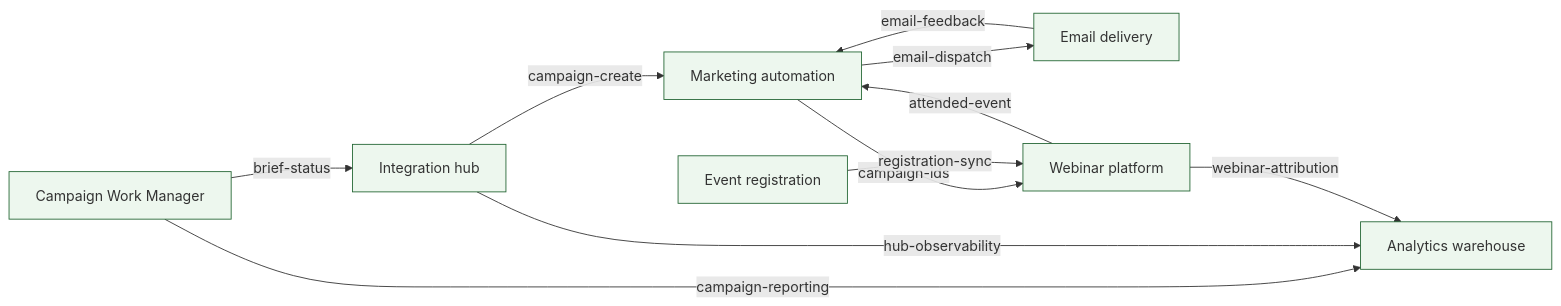
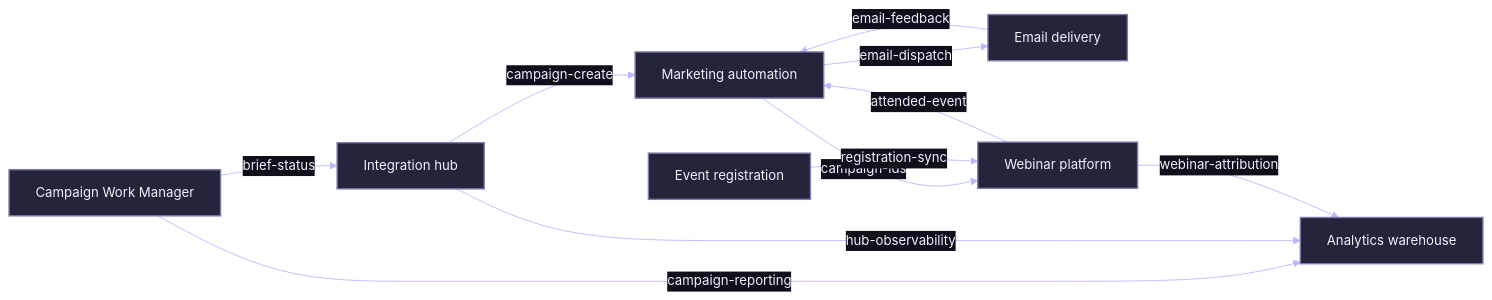
Before and after one commit to rlbsem/martech-estate-impact: the diagram in examples/generated/campaign-workflow-diagram.md, drawn with Mermaid. The commit also changed 9 other files, not shown here.

Commit message:
Align estate architecture diagrams with portfolio dark theme

````diff
--- a/examples/generated/campaign-workflow-diagram.md
+++ b/examples/generated/campaign-workflow-diagram.md
@@ -5,33 +5,34 @@
 ```mermaid
+%%{init: {"theme":"base","themeVariables":{"background":"#10101D","primaryColor":"#2A2A3D","primaryTextColor":"#F0F0FF","primaryBorderColor":"#7C7CAF","lineColor":"#B8B8FF","textColor":"#F0F0FF","secondaryColor":"#181825","tertiaryColor":"#2E2E45","fontFamily":"IBM Plex Sans, Arial, sans-serif","fontSize":"15px","edgeLabelBackground":"#10101D"}}}%%
 %% Campaign data-flow context
 %% Data-flow view only. Filtered: True. Edges shown 10/40. Truncated: False.
 flowchart LR
   n6d65ed5c750019a1["Marketing automation"]
   class n6d65ed5c750019a1 established
   n82244417f956ac7c["Email delivery"]
   class n82244417f956ac7c established
   n08d33503ee27d4c1["Integration hub"]
   class n08d33503ee27d4c1 established
   n29c9c30e0604515c["Event registration"]
   class n29c9c30e0604515c established
   nae1fd358c7612a02["Analytics warehouse"]
   class nae1fd358c7612a02 established
   nda0ef5dcf6c62181["Webinar platform"]
   class nda0ef5dcf6c62181 established
   ned9b571b57920f91["Campaign Work Manager"]
   class ned9b571b57920f91 established
   nda0ef5dcf6c62181 -->|"attended-event"| n6d65ed5c750019a1
   ned9b571b57920f91 -->|"brief-status"| n08d33503ee27d4c1
   n08d33503ee27d4c1 -->|"campaign-create"| n6d65ed5c750019a1
   n6d65ed5c750019a1 -->|"campaign-ids"| nda0ef5dcf6c62181
   ned9b571b57920f91 -->|"campaign-reporting"| nae1fd358c7612a02
   n6d65ed5c750019a1 -->|"email-dispatch"| n82244417f956ac7c
   n82244417f956ac7c -->|"email-feedback"| n6d65ed5c750019a1
   n08d33503ee27d4c1 -->|"hub-observability"| nae1fd358c7612a02
   n29c9c30e0604515c -->|"registration-sync"| nda0ef5dcf6c62181
   nda0ef5dcf6c62181 -->|"webinar-attribution"| nae1fd358c7612a02
-  classDef established fill:#edf7ee,stroke:#246634
-  classDef unknown fill:#fff4cc,stroke:#946800
-  classDef proposed fill:#e4edff,stroke:#265dad,stroke-dasharray:5 5
-  classDef removed fill:#ffe6e6,stroke:#a51d2d
+  classDef established fill:#24243A,stroke:#7C7CAF,color:#F0F0FF,stroke-width:1.6px
+  classDef unknown fill:#2E2E45,stroke:#E3BC7F,color:#F0F0FF,stroke-width:2px
+  classDef proposed fill:#2A2A3D,stroke:#B8B8FF,color:#F0F0FF,stroke-width:2px,stroke-dasharray:5 5
+  classDef removed fill:#2E2E45,stroke:#D98C91,color:#F0F0FF,stroke-width:2px
 ```
````
